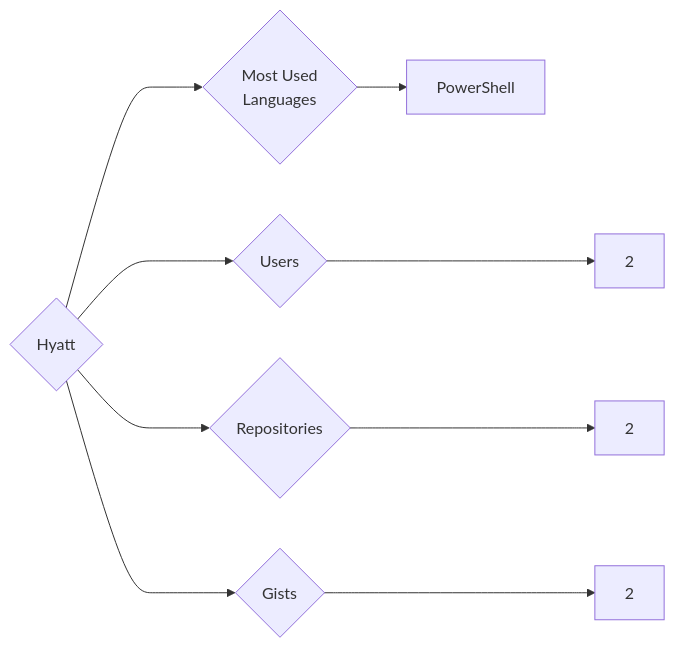
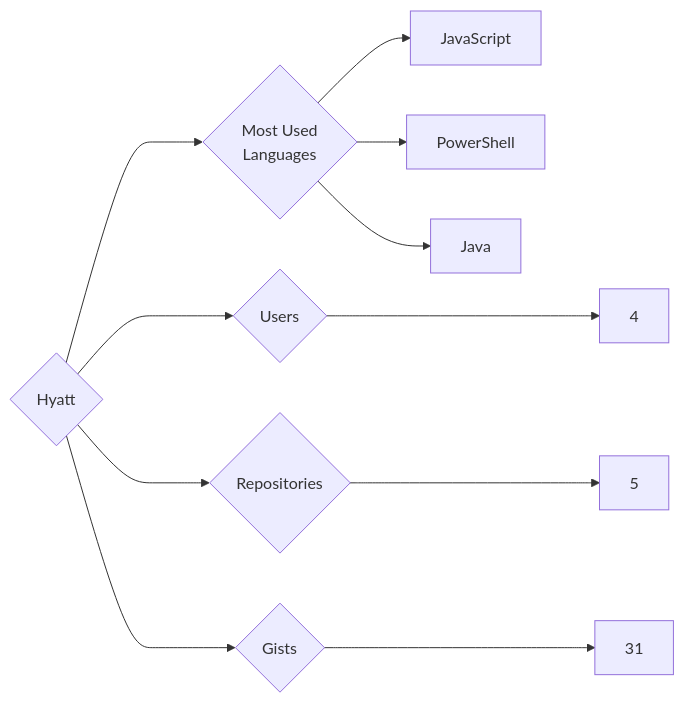
One commit to trickest/insiders changed the diagram in targets/Hyatt/README.md. Above: the diagram before and after it, drawn with Mermaid. The commit also changed 934 other files, not shown here.

````diff
--- a/targets/Hyatt/README.md
+++ b/targets/Hyatt/README.md
@@ -3,9 +3,11 @@
 ```mermaid
 graph LR
 COMPANY_NAME{Hyatt}
-COMPANY_NAME ---> U{Users} ---> UN[2]
-COMPANY_NAME ---> R{Repositories} ---> RN[2]
-COMPANY_NAME ---> G{Gists} ---> GN[2]
+COMPANY_NAME ---> U{Users} ---> UN[4]
+COMPANY_NAME ---> R{Repositories} ---> RN[5]
+COMPANY_NAME ---> G{Gists} ---> GN[31]
 COMPANY_NAME ---> ML{Most Used<br>Languages}
+ML --> JavaScript[JavaScript]
 ML --> PowerShell[PowerShell]
+ML --> Java[Java]
 ```
````
